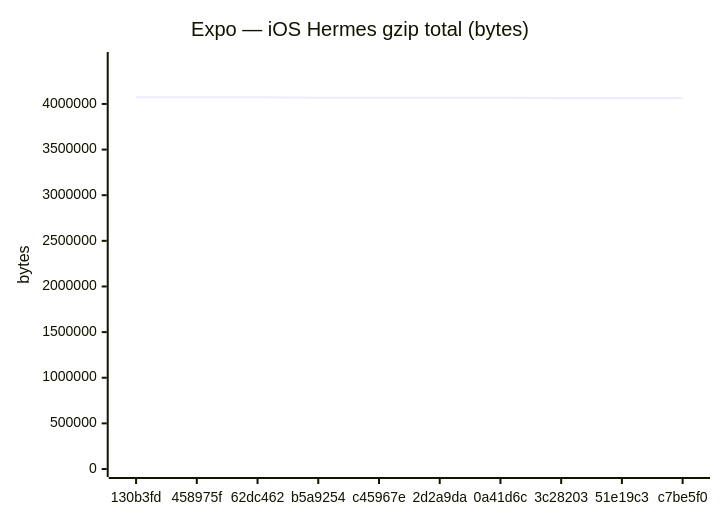
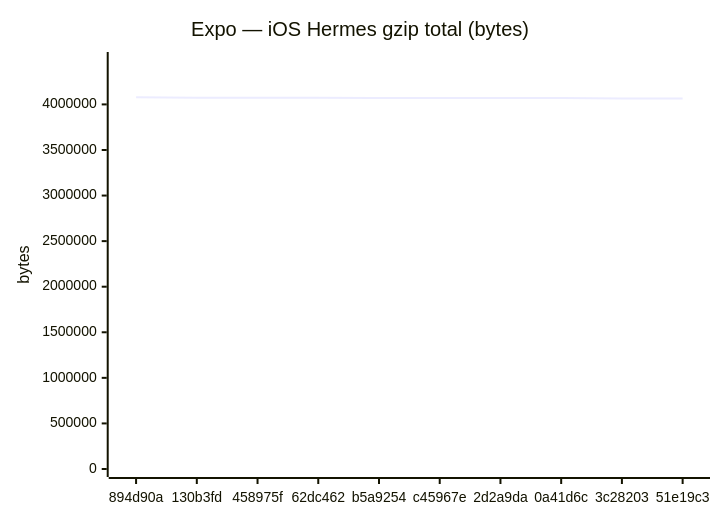
The sixth of 18 diagrams in benchmarks/compare.md (Metaheurist/Rianell), drawn with Mermaid before and after one commit. The commit also changed other lines of this file and 11 other files, not shown here.

````diff
--- a/benchmarks/compare.md
+++ b/benchmarks/compare.md
@@ -96,7 +96,7 @@
 ```mermaid
 xychart-beta
     title "Expo — iOS Hermes gzip total (bytes)"
-    x-axis ["130b3fd", "458975f", "62dc462", "b5a9254", "c45967e", "2d2a9da", "0a41d6c", "3c28203", "51e19c3", "c7be5f0"]
-    y-axis "bytes" 0 --> 4481590
-    line [4074172, 4073443, 4073443, 4069109, 4069113, 4069106, 4069107, 4065403, 4065816, 4065817]
+    x-axis ["894d90a", "130b3fd", "458975f", "62dc462", "b5a9254", "c45967e", "2d2a9da", "0a41d6c", "3c28203", "51e19c3"]
+    y-axis "bytes" 0 --> 4487168
+    line [4079243, 4074172, 4073443, 4073443, 4069109, 4069113, 4069106, 4069107, 4065403, 4065816]
 ```
````
